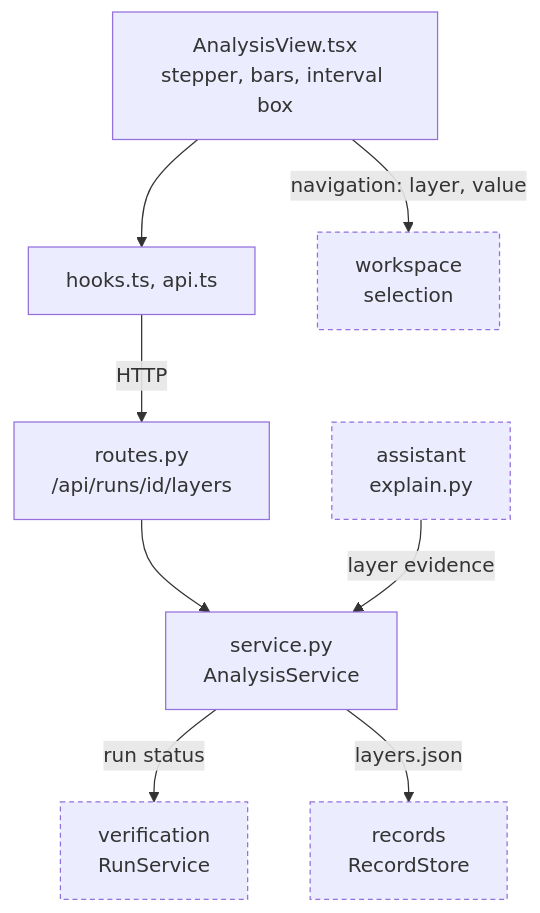
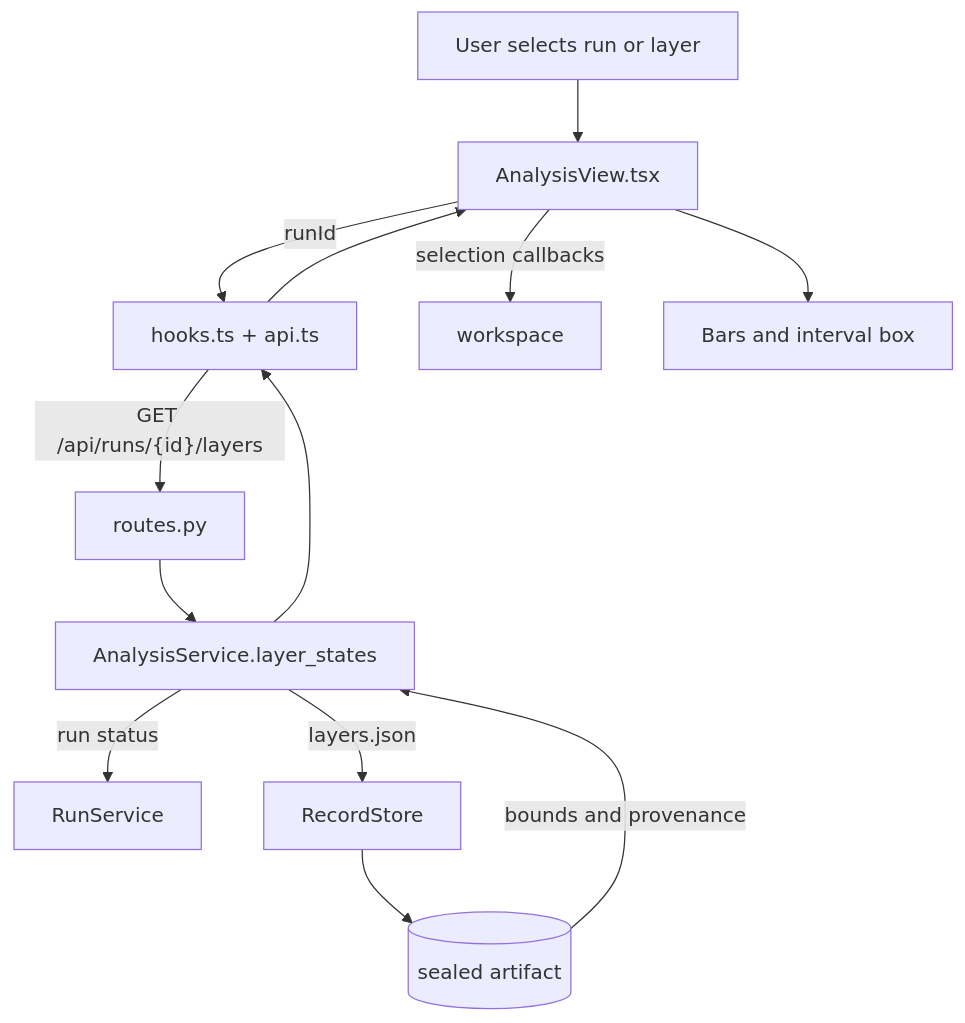
One commit to SVF-tools/ACT-GUI changed the diagram in visual_bench/analysis/README.md. Above: the diagram before and after it, drawn with Mermaid. The commit also changed other lines of this file and 20 other files, not shown here.

````diff
--- a/visual_bench/analysis/README.md
+++ b/visual_bench/analysis/README.md
@@ -23,19 +18,14 @@
 ```mermaid
 flowchart TB
-  classDef ext stroke-dasharray: 4 3
-  AV["AnalysisView.tsx<br/>stepper, bars, interval box"]
-  H["hooks.ts, api.ts"]
-  R["routes.py<br/>/api/runs/id/layers"]
-  S["service.py<br/>AnalysisService"]
-  WS["workspace<br/>selection"]:::ext
-  VER["verification<br/>RunService"]:::ext
-  REC["records<br/>RecordStore"]:::ext
-  AS["assistant<br/>explain.py"]:::ext
-  AV --> H
-  AV -- "navigation: layer, value" --> WS
-  H -- "HTTP" --> R
-  R --> S
-  S -- "run status" --> VER
-  S -- "layers.json" --> REC
-  AS -- "layer evidence" --> S
+  U["User selects run or layer"] --> V["AnalysisView.tsx"]
+  V -- "runId" --> H["hooks.ts + api.ts"]
+  H -- "GET /api/runs/{id}/layers" --> R["routes.py"]
+  R --> S["AnalysisService.layer_states"]
+  S -- "run status" --> VS["RunService"]
+  S -- "layers.json" --> RS["RecordStore"]
+  RS --> A[("sealed artifact")]
+  A -- "bounds and provenance" --> S
+  S --> H --> V
+  V -- "selection callbacks" --> W["workspace"]
+  V --> O["Bars and interval box"]
 ```
````
